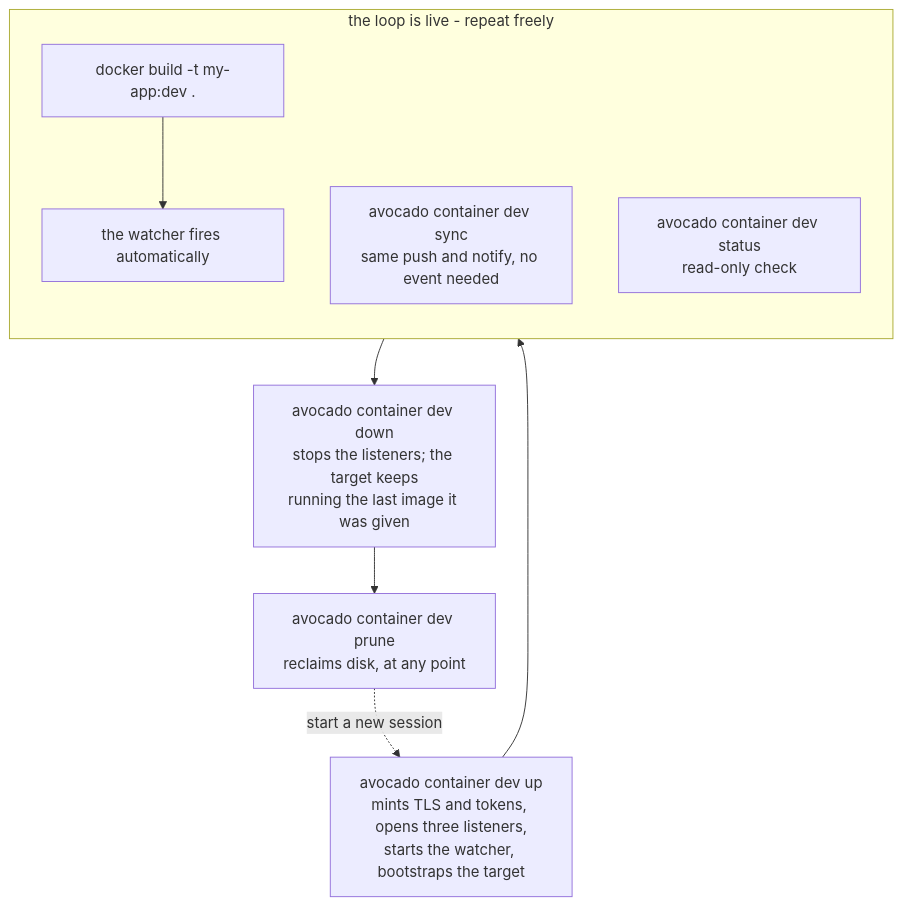
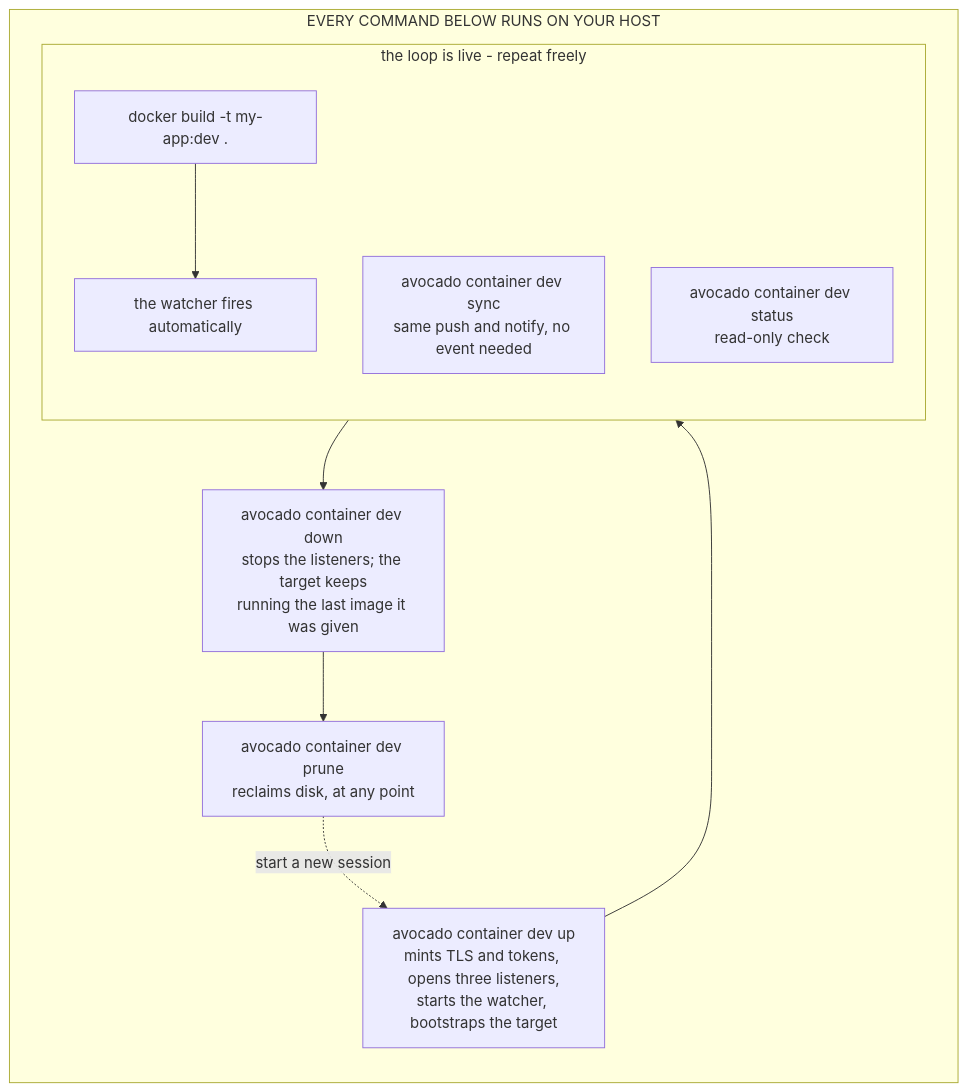
The second of 5 diagrams in src/docs-guides/container-dev-mode.md (peridio/docs), drawn with Mermaid before and after one commit. The commit also changed other lines of this file, not shown here.

Commit message:
docs-guides/container-dev-mode: say which machine every diagram step runs on
The mermaid conversion dropped machine attribution from exactly the steps a
reader most needs it for. "edit your app", "docker build -t my-app:dev ." and
"watch it run on real hardware" sat outside both subgraphs, and the transfer
edge said only "only the changed layer" - so the four elements carrying no
host-or-target label were the four a newcomer would ask about first.

The ASCII original did carry it, through a third highlight colour marking the
you-and-your-build zone. Subgraphs replaced the colours in the conversion, but
only two were created, so those nodes had nowhere to live and floated.

Every node now sits in a labelled subgraph, and the two host subgraphs both
say so explicitly rather than leaving the reader to infer that the watcher and
registry are also local - a point people get wrong in the other direction,
assuming the registry lives on the device. The transfer edge names its
direction.

The lifecycle figure had the same defect for a different reason: all five
commands run on the host, which the figure never stated because nothing in it
contrasted with anything. Wrapping it says so once.

````diff
--- a/src/docs-guides/container-dev-mode.md
+++ b/src/docs-guides/container-dev-mode.md
@@ -157,21 +160,24 @@
 ```mermaid
 flowchart TD
-    up["avocado container dev up<br/>mints TLS and tokens, opens three listeners,<br/>starts the watcher, bootstraps the target"]
+    subgraph runs["EVERY COMMAND BELOW RUNS ON YOUR HOST"]
+        direction TB
+        up["avocado container dev up<br/>mints TLS and tokens, opens three listeners,<br/>starts the watcher, bootstraps the target"]
 
-    subgraph live["the loop is live - repeat freely"]
-        direction TB
-        b["docker build -t my-app:dev ."]
-        w["the watcher fires automatically"]
-        s["avocado container dev sync<br/>same push and notify, no event needed"]
-        st["avocado container dev status<br/>read-only check"]
-        b --> w
+        subgraph live["the loop is live - repeat freely"]
+            direction TB
+            b["docker build -t my-app:dev ."]
+            w["the watcher fires automatically"]
+            s["avocado container dev sync<br/>same push and notify, no event needed"]
+            st["avocado container dev status<br/>read-only check"]
+            b --> w
+        end
+
+        down["avocado container dev down<br/>stops the listeners; the target keeps<br/>running the last image it was given"]
+        prune["avocado container dev prune<br/>reclaims disk, at any point"]
+
+        up --> live
+        live --> down
+        down --> prune
+        prune -.->|"start a new session"| up
     end
-
-    down["avocado container dev down<br/>stops the listeners; the target keeps<br/>running the last image it was given"]
-    prune["avocado container dev prune<br/>reclaims disk, at any point"]
-
-    up --> live
-    live --> down
-    down --> prune
-    prune -.->|"start a new session"| up
 ```
````
